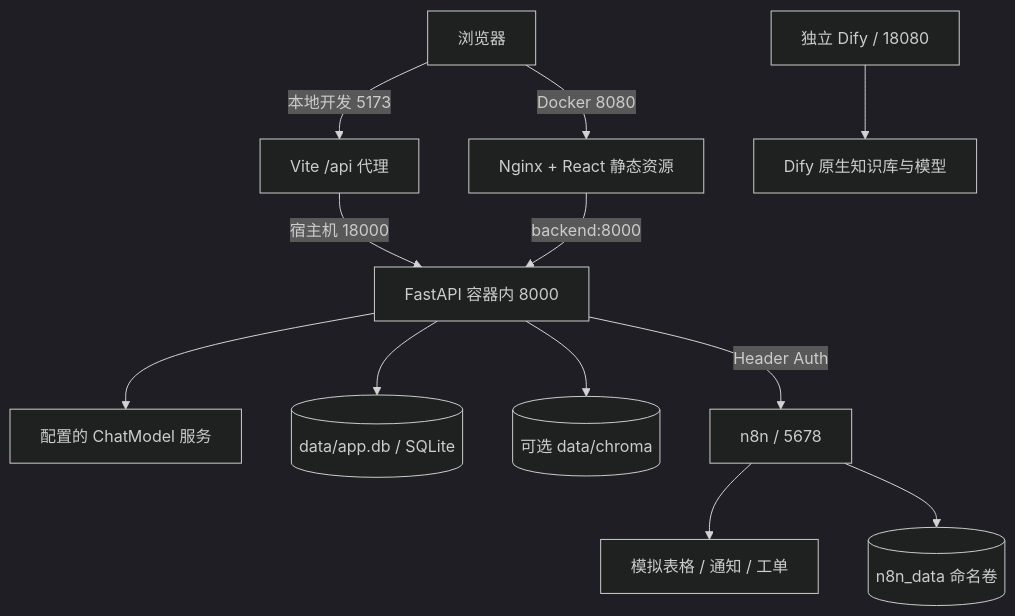
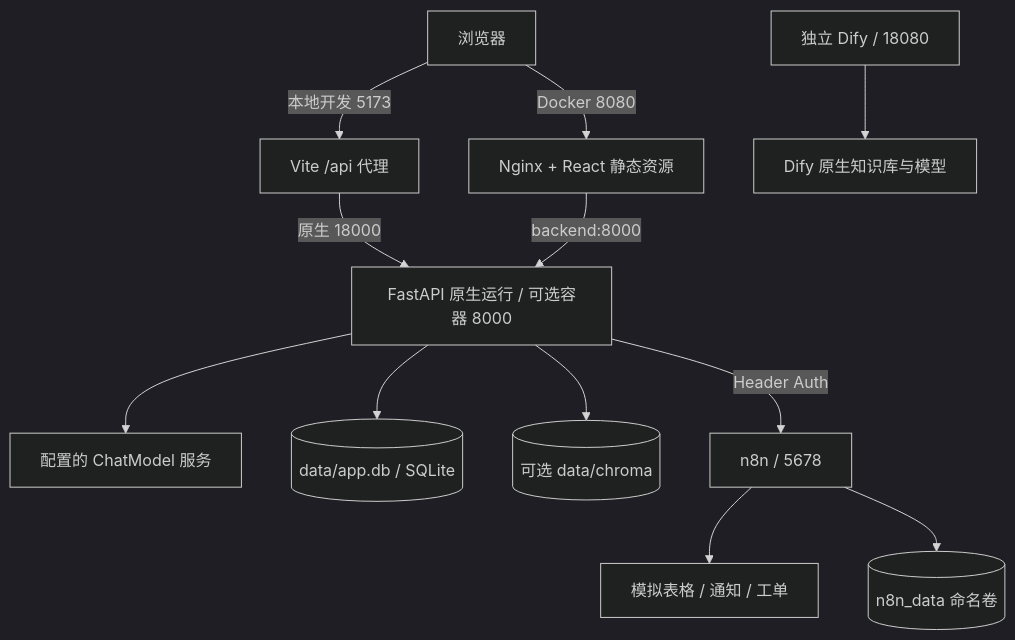
Before and after one commit to xiaoshanzhaguo/enterprise-rag-agent-platform: the first of 3 diagrams in docs/architecture.md, drawn with Mermaid (dark theme). The commit also changed other lines of this file and 4 other files, not shown here.

````diff
--- a/docs/architecture.md
+++ b/docs/architecture.md
@@ -7,14 +7,14 @@
 ```mermaid
 flowchart TB
   Browser[浏览器] -->|本地开发 5173| Vite[Vite /api 代理]
   Browser -->|Docker 8080| Web[Nginx + React 静态资源]
-  Vite -->|宿主机 18000| API[FastAPI 容器内 8000]
+  Vite -->|原生 18000| API[FastAPI 原生运行 / 可选容器 8000]
   Web -->|backend:8000| API
   API --> LLM[配置的 ChatModel 服务]
   API --> SQL[(data/app.db / SQLite)]
   API --> Vector[(可选 data/chroma)]
   API -->|Header Auth| N8N[n8n / 5678]
   N8N --> Sim[模拟表格 / 通知 / 工单]
   N8N --> NV[(n8n_data 命名卷)]
   DifyUI[独立 Dify / 18080] --> DifyKB[Dify 原生知识库与模型]
 ```
````
